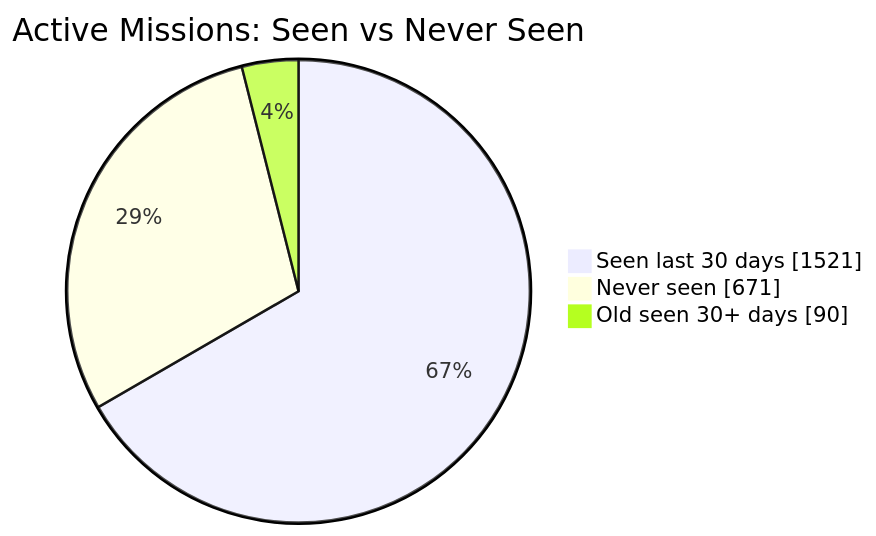
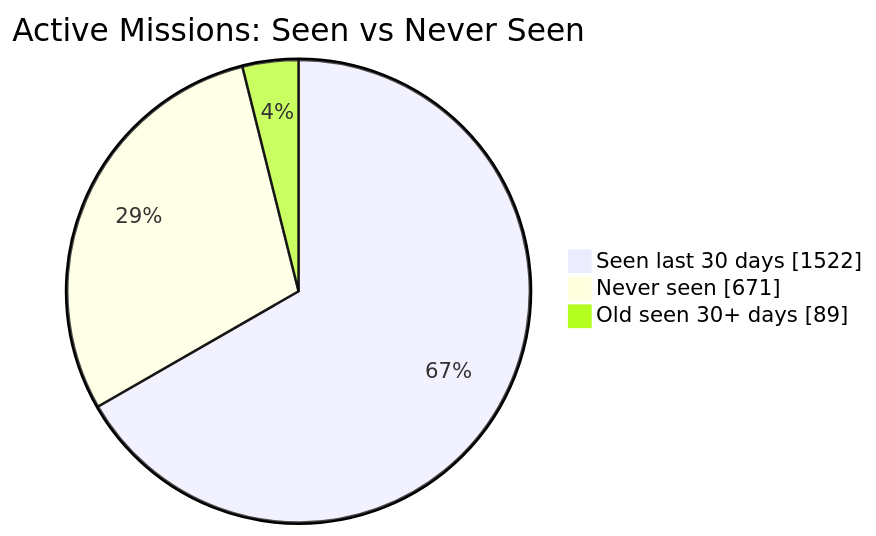
One commit to MeldkamerspelGameTeam/active-missions changed the first of 2 diagrams in README.md. Above: the diagram before and after it, drawn with Mermaid. The commit also changed other lines of this file and 2 other files, not shown here.

````diff
--- a/README.md
+++ b/README.md
@@ -34,7 +34,7 @@
 ```mermaid
 pie showData
     title Active Missions: Seen vs Never Seen
-    "Seen last 30 days" : 1521
+    "Seen last 30 days" : 1522
     "Never seen" : 671
-    "Old seen 30+ days" : 90
+    "Old seen 30+ days" : 89
 ```
````
